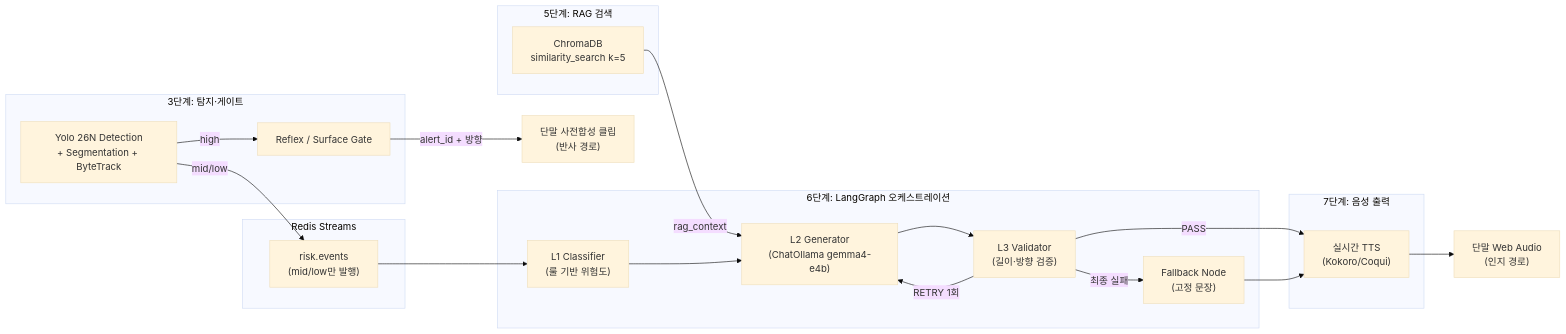
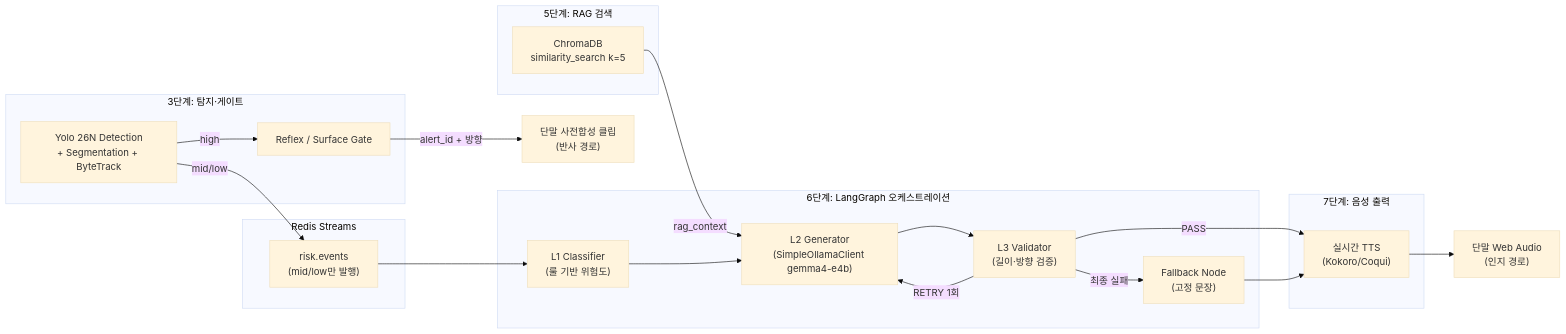
Before and after one commit to Groog-sudo/Minchodan: the first of 2 diagrams in docs/stage-guides/stage6_orchestration_design.md, drawn with Mermaid (base theme). The commit also changed other lines of this file and 3 other files, not shown here.

````diff
--- a/docs/stage-guides/stage6_orchestration_design.md
+++ b/docs/stage-guides/stage6_orchestration_design.md
@@ -28,39 +28,39 @@
 ```mermaid
 graph LR
     subgraph Stage3 ["3단계: 탐지·게이트"]
         Det["Yolo 26N Detection<br/>+ Segmentation + ByteTrack"]
         Gate["Reflex / Surface Gate"]
     end
 
     subgraph Bus ["Redis Streams"]
         Stream["risk.events<br/>(mid/low만 발행)"]
     end
 
     subgraph Stage5 ["5단계: RAG 검색"]
         RAG["ChromaDB<br/>similarity_search k=5"]
     end
 
     subgraph Stage6 ["6단계: LangGraph 오케스트레이션"]
         L1["L1 Classifier<br/>(룰 기반 위험도)"]
-        L2["L2 Generator<br/>(ChatOllama gemma4-e4b)"]
+        L2["L2 Generator<br/>(SimpleOllamaClient gemma4-e4b)"]
         L3["L3 Validator<br/>(길이·방향 검증)"]
         FB["Fallback Node<br/>(고정 문장)"]
     end
 
     subgraph Stage7 ["7단계: 음성 출력"]
         TTS["실시간 TTS<br/>(Kokoro/Coqui)"]
     end
 
     Det -->|"high"| Gate
     Gate -->|"alert_id + 방향"| Phone1["단말 사전합성 클립<br/>(반사 경로)"]
     Det -->|"mid/low"| Stream
     Stream --> L1
     RAG -->|"rag_context"| L2
     L1 --> L2
     L2 --> L3
     L3 -->|"PASS"| TTS
     L3 -->|"RETRY 1회"| L2
     L3 -->|"최종 실패"| FB
     FB --> TTS
     TTS --> Phone2["단말 Web Audio<br/>(인지 경로)"]
 ```
````
